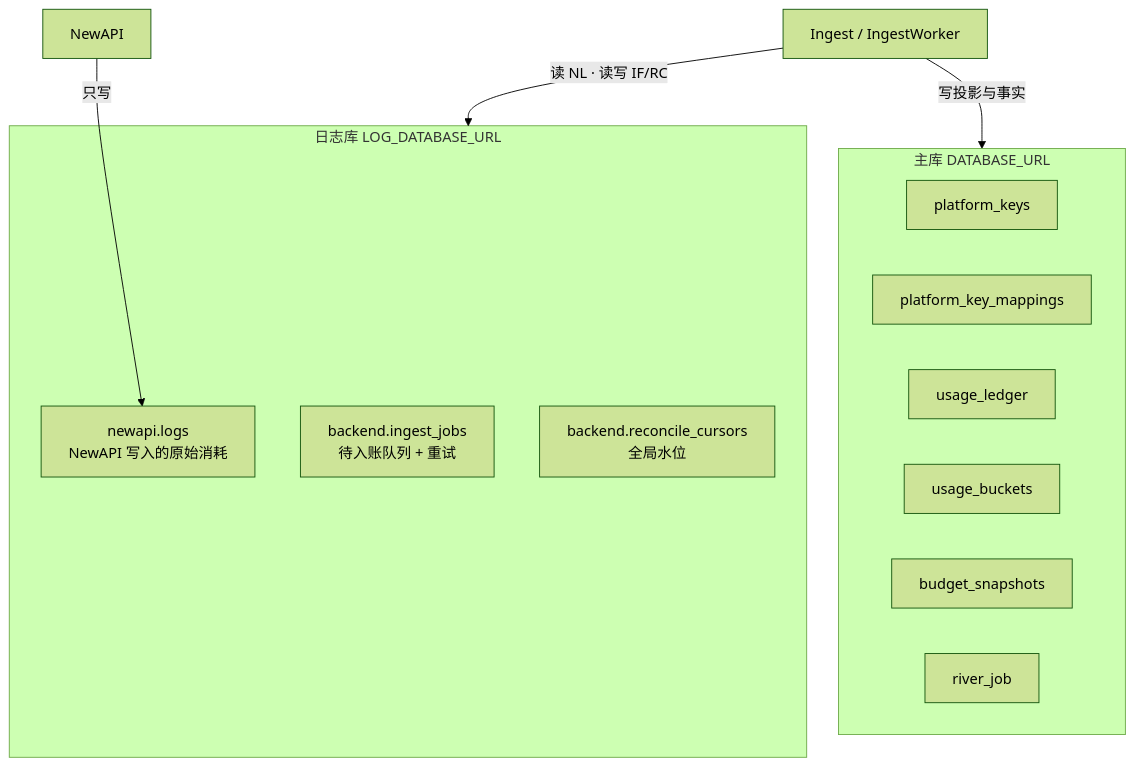
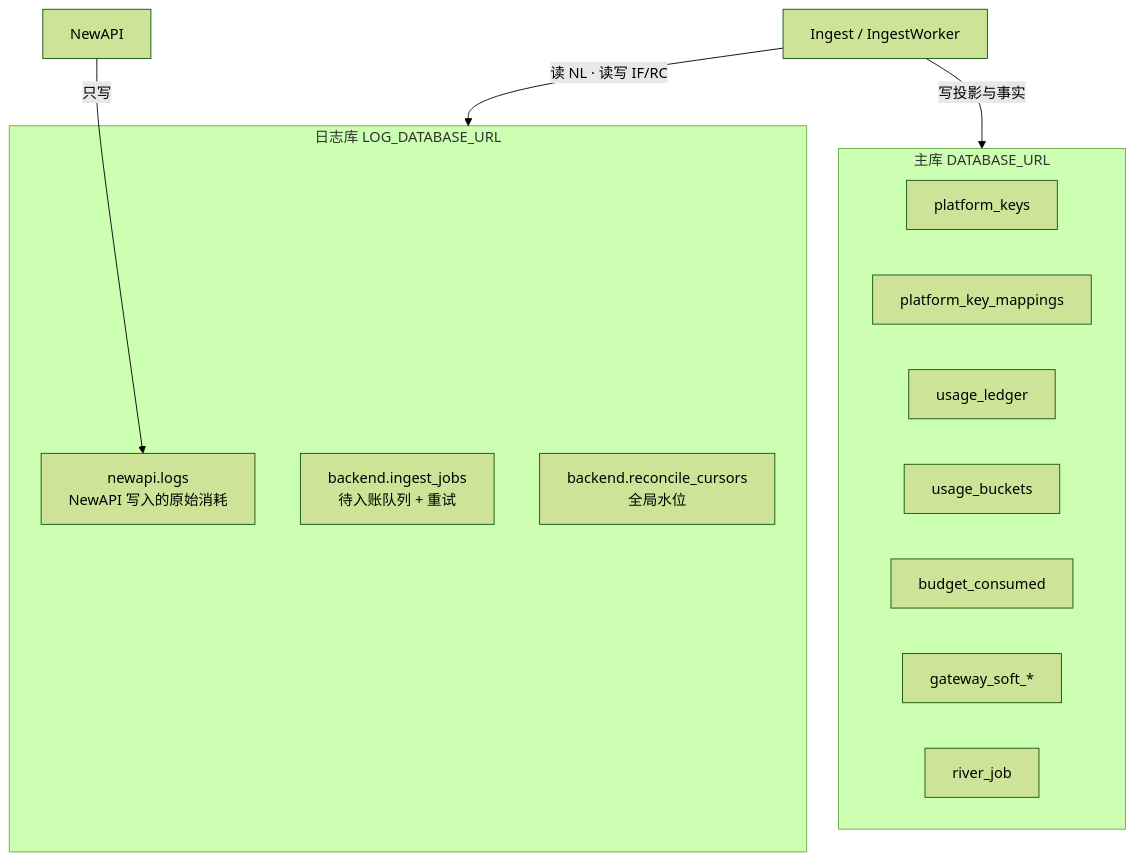
Before and after one commit to quyip8818/mytokenjoy: the fourth of 9 diagrams in docs/Backend-Ingest架构.md, drawn with Mermaid (forest theme). The commit also changed other lines of this file and 16 other files, not shown here.

````diff
--- a/docs/Backend-Ingest架构.md
+++ b/docs/Backend-Ingest架构.md
@@ -143,21 +143,22 @@
 ```mermaid
 flowchart TB
   subgraph mainDB [主库 DATABASE_URL]
     PK[platform_keys]
     RM[platform_key_mappings]
     UL[usage_ledger]
     UB[usage_buckets]
-    BS[budget_snapshots]
+    BC[budget_consumed]
+    GS[gateway_soft_*]
     RJ[river_job]
   end
 
   subgraph logDB [日志库 LOG_DATABASE_URL]
     NL["newapi.logs<br/>NewAPI 写入的原始消耗"]
     IF["backend.ingest_jobs<br/>待入账队列 + 重试"]
     RC["backend.reconcile_cursors<br/>全局水位"]
   end
 
   NA[NewAPI] -->|只写| NL
   BE[Ingest / IngestWorker] -->|读 NL · 读写 IF/RC| logDB
   BE -->|写投影与事实| mainDB
 ```
````
